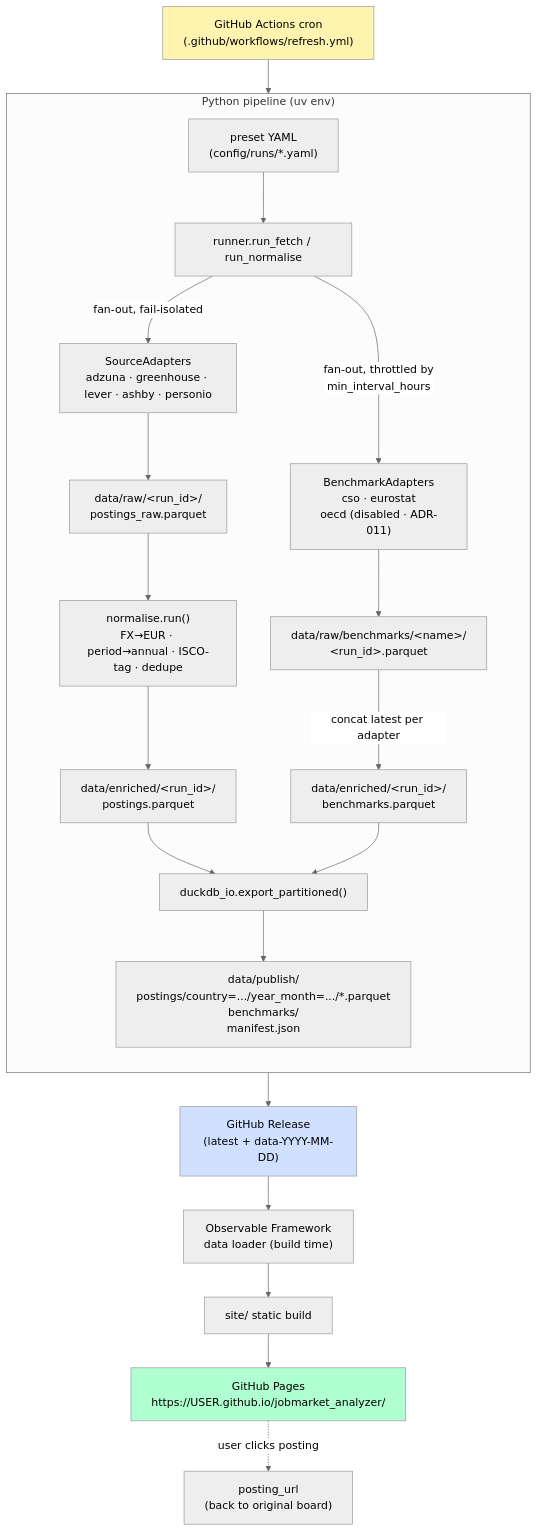
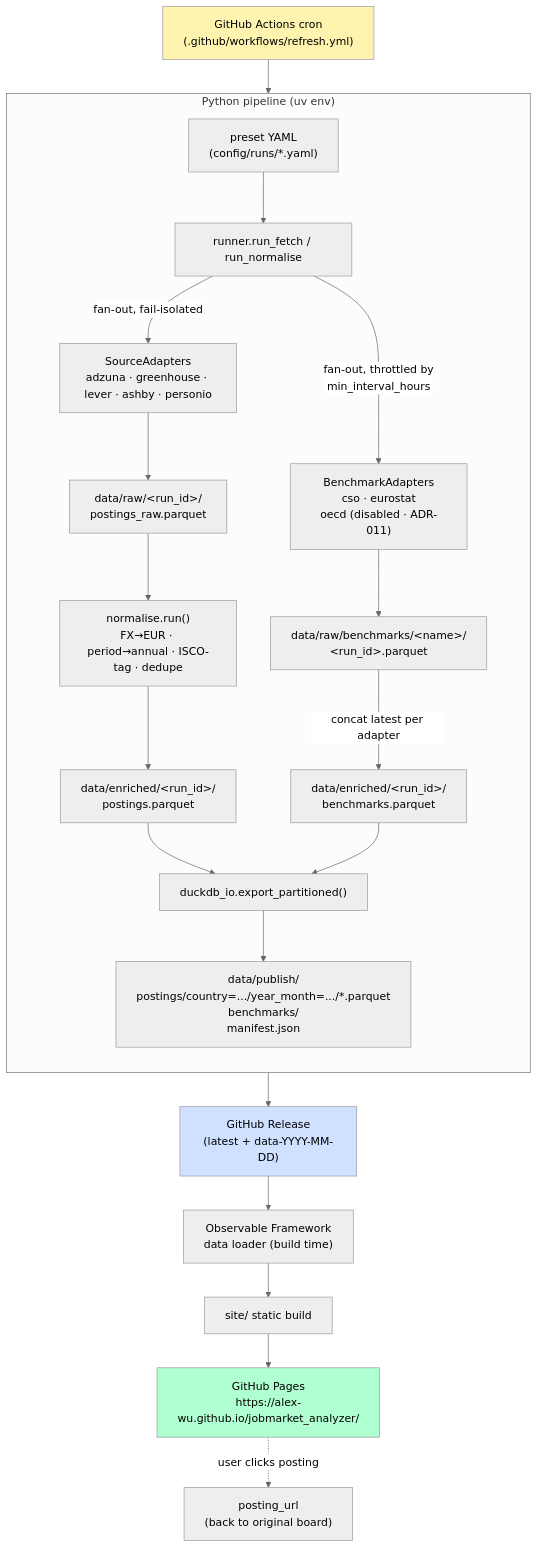
Before and after one commit to alex-wu/jobmarket_analyzer: the diagram in docs/architecture.md, drawn with Mermaid (neutral theme). The commit also changed 11 other files, not shown here.

````diff
--- a/docs/architecture.md
+++ b/docs/architecture.md
@@ -7,29 +7,29 @@
 ```mermaid
 flowchart TD
     cron["GitHub Actions cron<br/>(.github/workflows/refresh.yml)"] --> runner
 
     subgraph pipeline["Python pipeline (uv env)"]
         direction TB
         preset["preset YAML<br/>(config/runs/*.yaml)"] --> runner["runner.run_fetch / run_normalise"]
         runner -->|fan-out, fail-isolated| sources["SourceAdapters<br/>adzuna · greenhouse · lever · ashby · personio"]
         sources --> raw["data/raw/&lt;run_id&gt;/<br/>postings_raw.parquet"]
         runner -->|fan-out, throttled by<br/>min_interval_hours| bench["BenchmarkAdapters<br/>cso · eurostat<br/>oecd (disabled · ADR-011)"]
         bench --> benchraw["data/raw/benchmarks/&lt;name&gt;/<br/>&lt;run_id&gt;.parquet"]
         raw --> normalise["normalise.run()<br/>FX→EUR · period→annual · ISCO-tag · dedupe"]
         normalise --> enriched["data/enriched/&lt;run_id&gt;/<br/>postings.parquet"]
         benchraw -->|concat latest per adapter| enrichedbench["data/enriched/&lt;run_id&gt;/<br/>benchmarks.parquet"]
         enriched --> publish["duckdb_io.export_partitioned()"]
         enrichedbench --> publish
         publish --> bundle["data/publish/<br/>postings/country=.../year_month=.../*.parquet<br/>benchmarks/<br/>manifest.json"]
     end
 
     bundle --> release["GitHub Release<br/>(latest + data-YYYY-MM-DD)"]
     release --> loader["Observable Framework<br/>data loader (build time)"]
     loader --> site["site/ static build"]
-    site --> pages["GitHub Pages<br/>https://USER.github.io/jobmarket_analyzer/"]
+    site --> pages["GitHub Pages<br/>https://alex-wu.github.io/jobmarket_analyzer/"]
     pages -.->|user clicks posting| source_url["posting_url<br/>(back to original board)"]
 
     style cron fill:#fff3b0
     style pages fill:#b0ffd0
     style release fill:#d0e0ff
 ```
````
